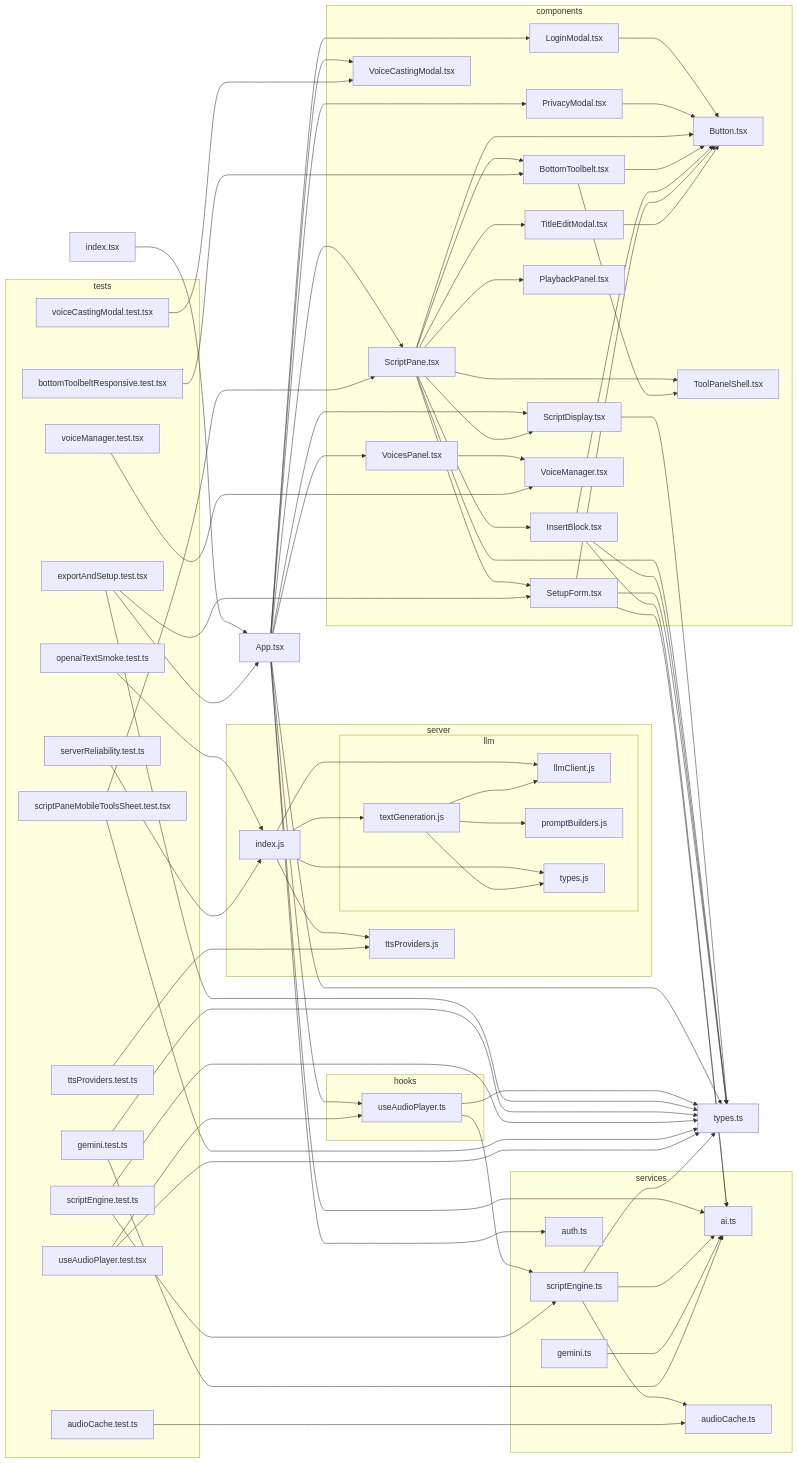
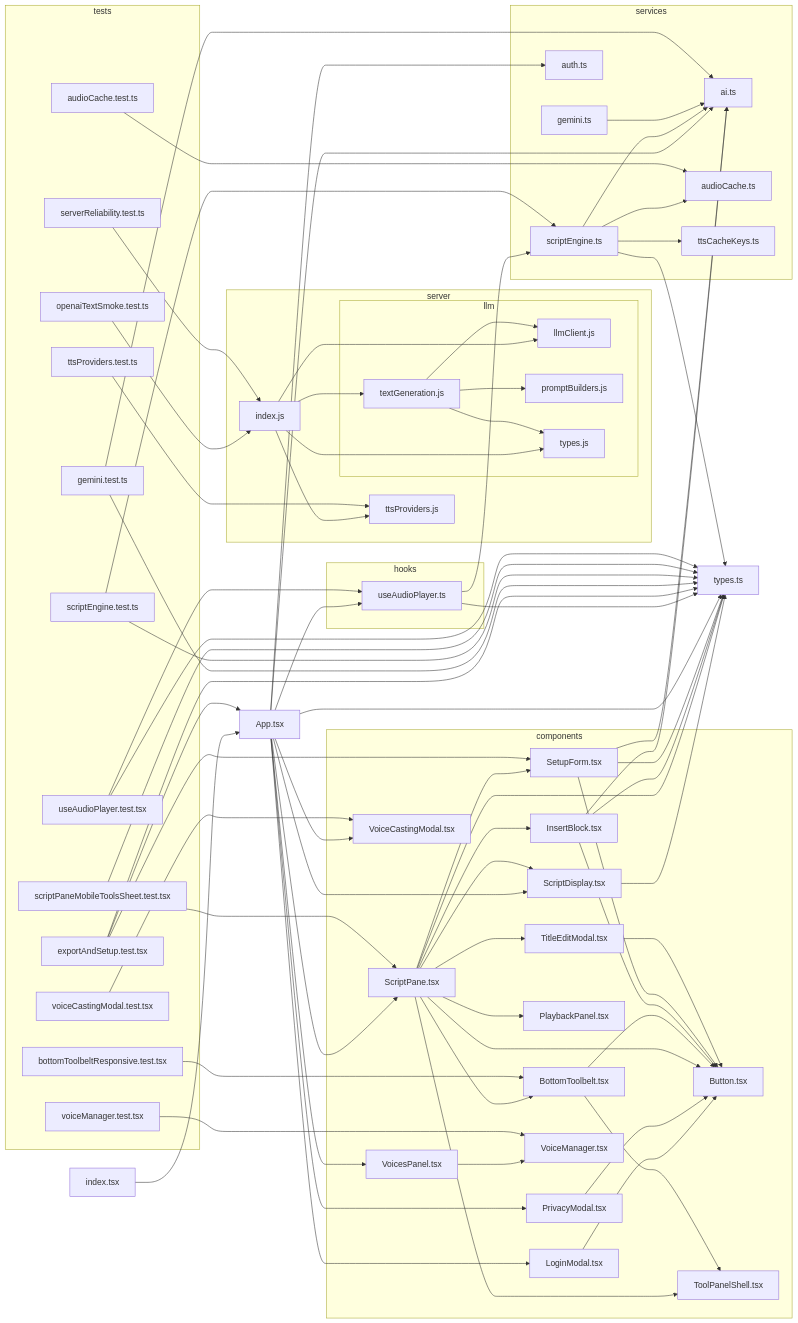
One commit to seanzmc/Script-Seance changed the diagram in docs/dependency-graph.mmd. Above: the diagram before and after it, drawn with Mermaid.

Commit message:
Updates dependency graph with new ttsCacheKeys module and reorders service nodes
Adds ttsCacheKeys.ts to the dependency graph as a new module under the services subgraph. Reorders auth.ts and gemini.ts nodes within the graph structure, and updates corresponding node connections and IDs for server, llm, and test subgraphs to reflect the new ordering.

```diff
--- a/docs/dependency-graph.mmd
+++ b/docs/dependency-graph.mmd
@@ -1,119 +1,121 @@
 flowchart LR
 
 0["App.tsx"]
 subgraph 1["components"]
 2["LoginModal.tsx"]
 3["Button.tsx"]
 4["PrivacyModal.tsx"]
 5["ScriptDisplay.tsx"]
 7["ScriptPane.tsx"]
 8["BottomToolbelt.tsx"]
 9["ToolPanelShell.tsx"]
 A["InsertBlock.tsx"]
 D["PlaybackPanel.tsx"]
 E["SetupForm.tsx"]
 F["TitleEditModal.tsx"]
 G["VoiceCastingModal.tsx"]
 H["VoicesPanel.tsx"]
 I["VoiceManager.tsx"]
 end
 6["types.ts"]
 subgraph B["services"]
 C["ai.ts"]
 L["scriptEngine.ts"]
 M["audioCache.ts"]
-N["auth.ts"]
-X["gemini.ts"]
+N["ttsCacheKeys.ts"]
+O["auth.ts"]
+Y["gemini.ts"]
 end
 subgraph J["hooks"]
 K["useAudioPlayer.ts"]
 end
-O["index.tsx"]
-subgraph P["server"]
-Q["index.js"]
-subgraph R["llm"]
-S["llmClient.js"]
-T["textGeneration.js"]
-U["promptBuilders.js"]
-V["types.js"]
+P["index.tsx"]
+subgraph Q["server"]
+R["index.js"]
+subgraph S["llm"]
+T["llmClient.js"]
+U["textGeneration.js"]
+V["promptBuilders.js"]
+W["types.js"]
 end
-W["ttsProviders.js"]
+X["ttsProviders.js"]
 end
-subgraph Y["tests"]
-Z["audioCache.test.ts"]
-10["bottomToolbeltResponsive.test.tsx"]
-11["exportAndSetup.test.tsx"]
-12["gemini.test.ts"]
-13["openaiTextSmoke.test.ts"]
-14["scriptEngine.test.ts"]
-15["scriptPaneMobileToolsSheet.test.tsx"]
-16["serverReliability.test.ts"]
-17["ttsProviders.test.ts"]
-18["useAudioPlayer.test.tsx"]
-19["voiceCastingModal.test.tsx"]
-1A["voiceManager.test.tsx"]
+subgraph Z["tests"]
+10["audioCache.test.ts"]
+11["bottomToolbeltResponsive.test.tsx"]
+12["exportAndSetup.test.tsx"]
+13["gemini.test.ts"]
+14["openaiTextSmoke.test.ts"]
+15["scriptEngine.test.ts"]
+16["scriptPaneMobileToolsSheet.test.tsx"]
+17["serverReliability.test.ts"]
+18["ttsProviders.test.ts"]
+19["useAudioPlayer.test.tsx"]
+1A["voiceCastingModal.test.tsx"]
+1B["voiceManager.test.tsx"]
 end
 0-->2
 0-->4
 0-->5
 0-->7
 0-->G
 0-->H
 0-->K
 0-->C
-0-->N
+0-->O
 0-->6
 2-->3
 4-->3
 5-->6
 7-->6
 7-->8
 7-->3
 7-->A
 7-->D
 7-->5
 7-->E
 7-->F
 7-->9
 8-->3
 8-->9
 A-->C
 A-->6
 A-->3
 E-->C
 E-->6
 E-->3
 F-->3
 H-->I
 K-->L
 K-->6
 L-->6
 L-->C
 L-->M
-O-->0
-Q-->S
-Q-->T
-Q-->V
-Q-->W
-T-->S
-T-->U
-T-->V
-X-->C
-Z-->M
-10-->8
-11-->0
-11-->E
-11-->6
-12-->C
+L-->N
+P-->0
+R-->T
+R-->U
+R-->W
+R-->X
+U-->T
+U-->V
+U-->W
+Y-->C
+10-->M
+11-->8
+12-->0
+12-->E
 12-->6
-13-->Q
-14-->L
-14-->6
-15-->7
+13-->C
+13-->6
+14-->R
+15-->L
 15-->6
-16-->Q
-17-->W
-18-->K
-18-->6
-19-->G
-1A-->I
+16-->7
+16-->6
+17-->R
+18-->X
+19-->K
+19-->6
+1A-->G
+1B-->I
```
